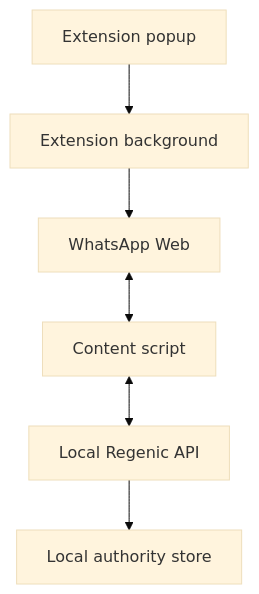
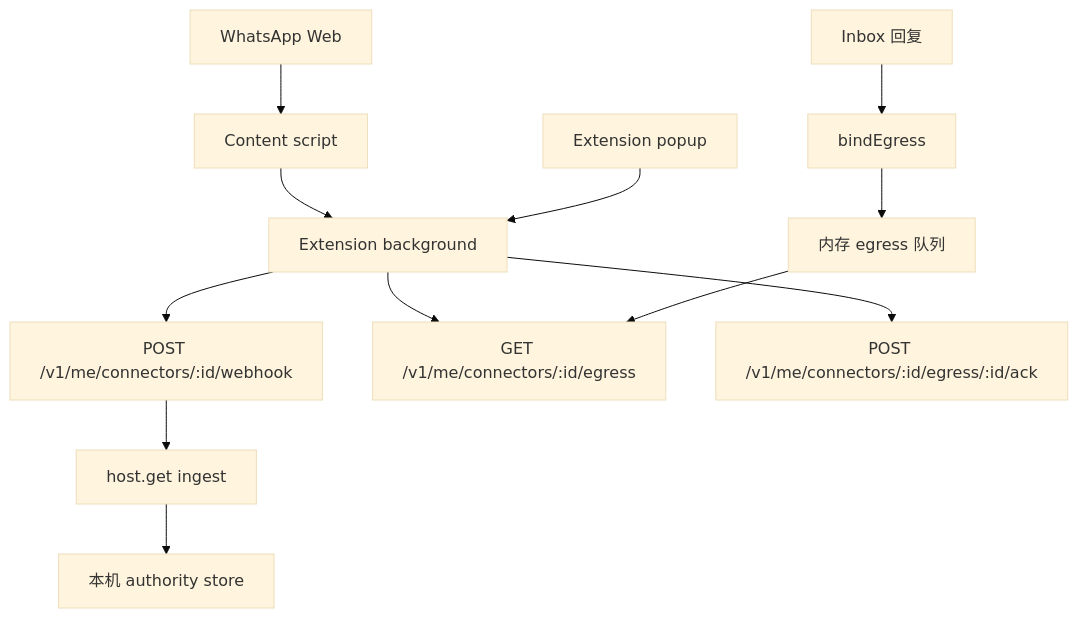
Before and after one commit to regenic-ai/regenic: the diagram in docs/zh/WHATSAPP_WEB_LIVE_CONNECTOR.md, drawn with Mermaid (base theme). The commit also changed other lines of this file and 86 other files, not shown here.

First line of the commit message:
Give private connectors a load contract and a narrow host.

````diff
--- a/docs/zh/WHATSAPP_WEB_LIVE_CONNECTOR.md
+++ b/docs/zh/WHATSAPP_WEB_LIVE_CONNECTOR.md
@@ -20,8 +30,14 @@
 ```mermaid
 flowchart TD
-  WA[WhatsApp Web] <--> CS[Content script]
-  CS <--> API[Local Regenic API]
-  POPUP[Extension popup] --> BG[Extension background]
-  BG --> WA
-  API --> Store[Local authority store]
+  WA[WhatsApp Web] --> CS[Content script]
+  CS --> BG[Extension background]
+  POPUP[Extension popup] --> BG
+  BG --> WH[POST /v1/me/connectors/:id/webhook]
+  BG --> EQ[GET /v1/me/connectors/:id/egress]
+  BG --> ACK[POST /v1/me/connectors/:id/egress/:id/ack]
+  INBOX[Inbox 回复] --> EG[bindEgress]
+  EG --> Q[内存 egress 队列]
+  Q --> EQ
+  WH --> INGEST[host.get ingest]
+  INGEST --> Store[本机 authority store]
 ```
````
